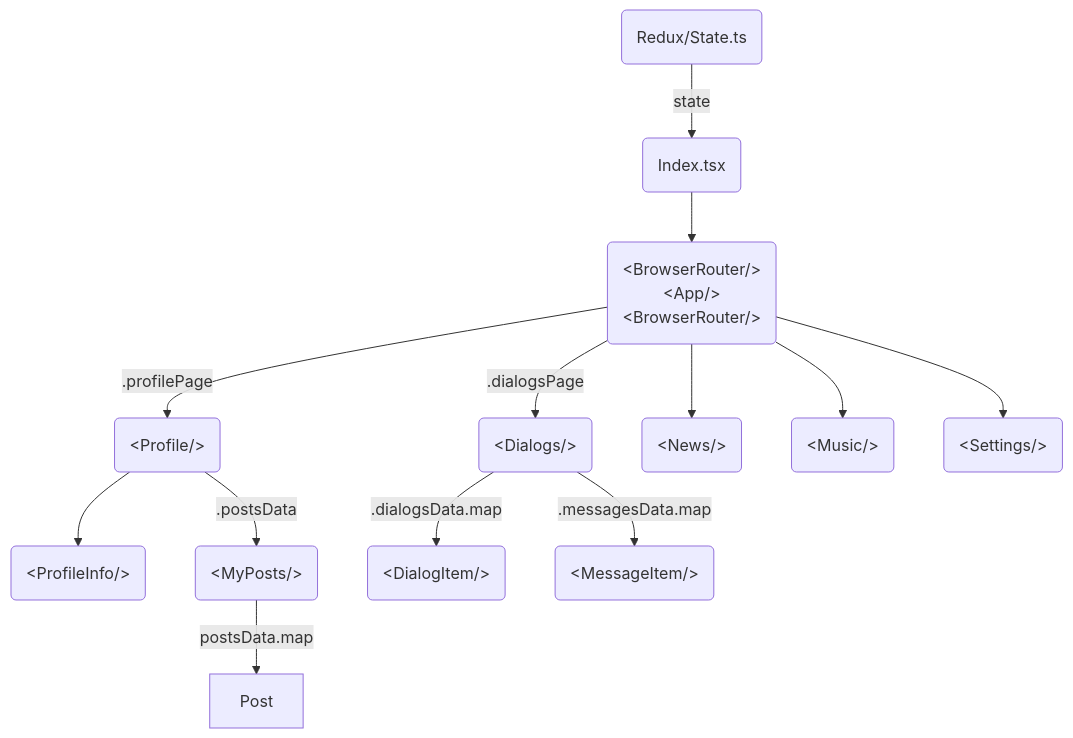
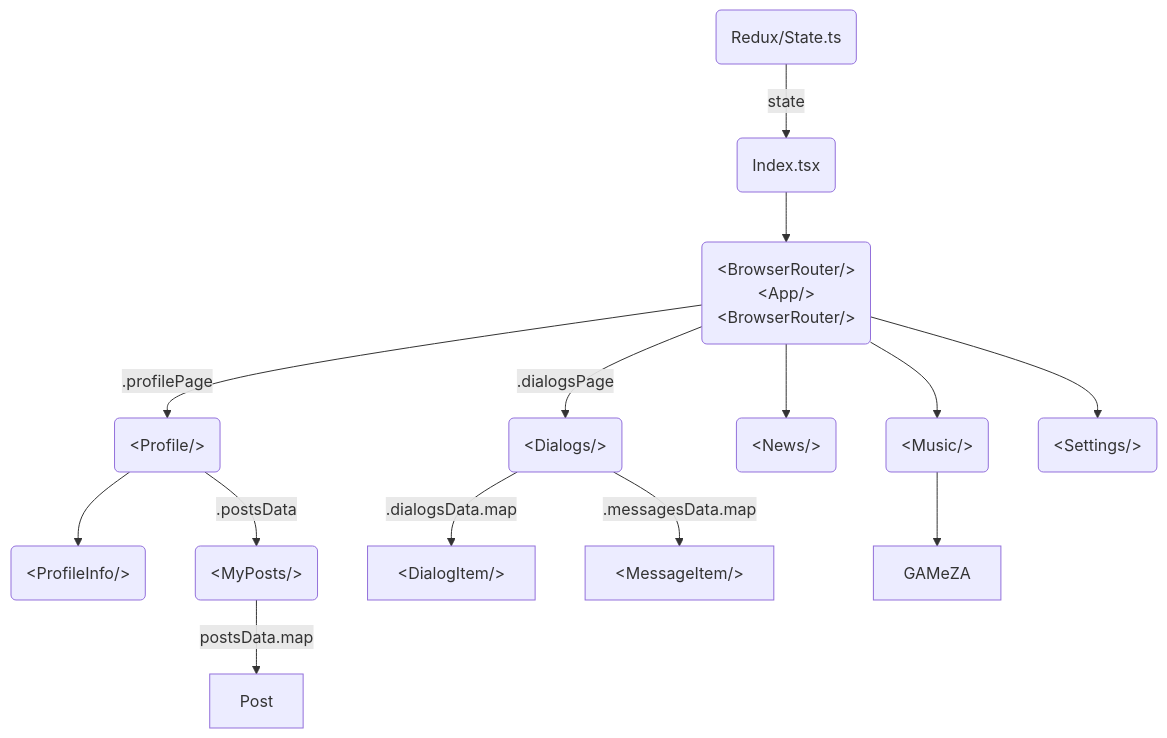
One commit to AntonRybakou/it-incubator-samurai-way changed the diagram in README.md. Above: the diagram before and after it, drawn with Mermaid.

````diff
--- a/README.md
+++ b/README.md
@@ -26,15 +26,16 @@
 ```mermaid
   graph TD;
     A(Redux/State.ts)--state-->B(Index.tsx);
         B-->C(&ltBrowserRouter/><br>&ltApp/><br>&ltBrowserRouter/>)
             C--.profilePage-->D(&ltProfile/>)
                 D-->D1(&ltProfileInfo/>)
                 D--.postsData-->D2(&ltMyPosts/>)
                     D2--postsData.map-->Post
             C--.dialogsPage-->E(&ltDialogs/>)
-                E--.dialogsData.map-->E1(&ltDialogItem/>)
-                E--.messagesData.map-->E2(&ltMessageItem/>)
+                E--.dialogsData.map-->E1[&ltDialogItem/>]
+                E--.messagesData.map-->E2[&ltMessageItem/>]
             C-->F(&ltNews/>)
             C-->G(&ltMusic/>)
+                G-->G1[GAMeZA]
             C-->H(&ltSettings/>)
 ```
````
